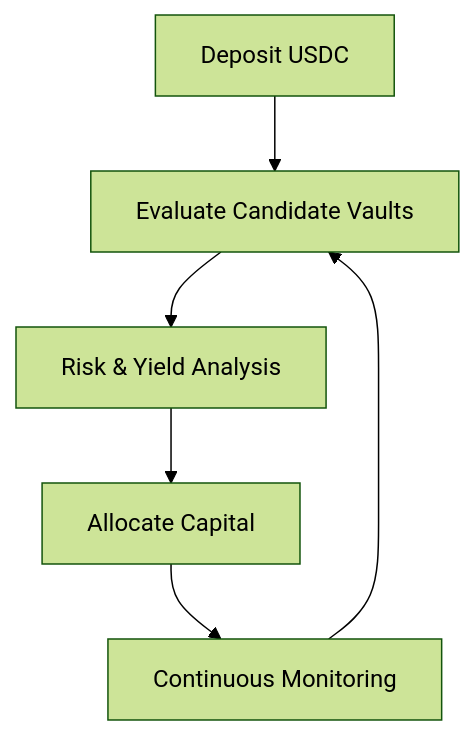
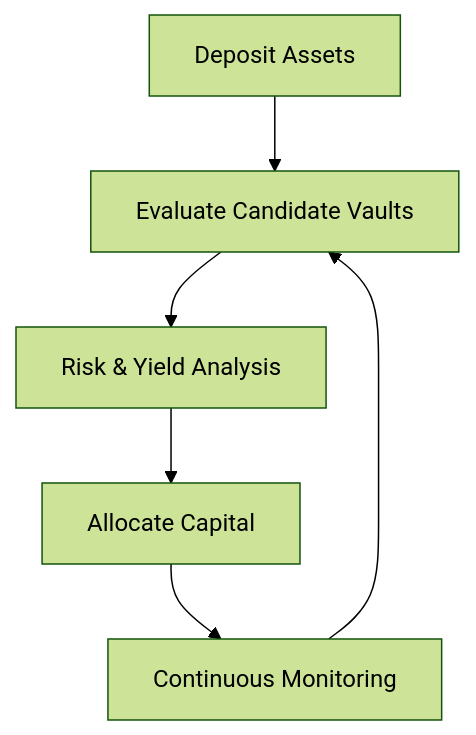
Before and after one commit to tokenpage/yieldseeker-docs: the diagram in introduction/how-it-works.mdx, drawn with Mermaid (forest theme). The commit also changed other lines of this file and 1 other file, not shown here.

````diff
--- a/introduction/how-it-works.mdx
+++ b/introduction/how-it-works.mdx
@@ -42,14 +63,14 @@
 ```mermaid
 flowchart TD
-    Deposit["Deposit USDC"]
-    Scan["Evaluate Candidate Vaults"]
-    Score["Risk & Yield Analysis"]
-    Execute["Allocate Capital"]
+    Deposit["Deposit Assets"]
+    Evaluate["Evaluate Candidate Vaults"]
+    Analyse["Risk & Yield Analysis"]
+    Allocate["Allocate Capital"]
     Monitor["Continuous Monitoring"]
 
-    Deposit --> Scan
-    Scan --> Score
-    Score --> Execute
-    Execute --> Monitor
-    Monitor --> Scan
+    Deposit --> Evaluate
+    Evaluate --> Analyse
+    Analyse --> Allocate
+    Allocate --> Monitor
+    Monitor --> Evaluate
 ```
````
